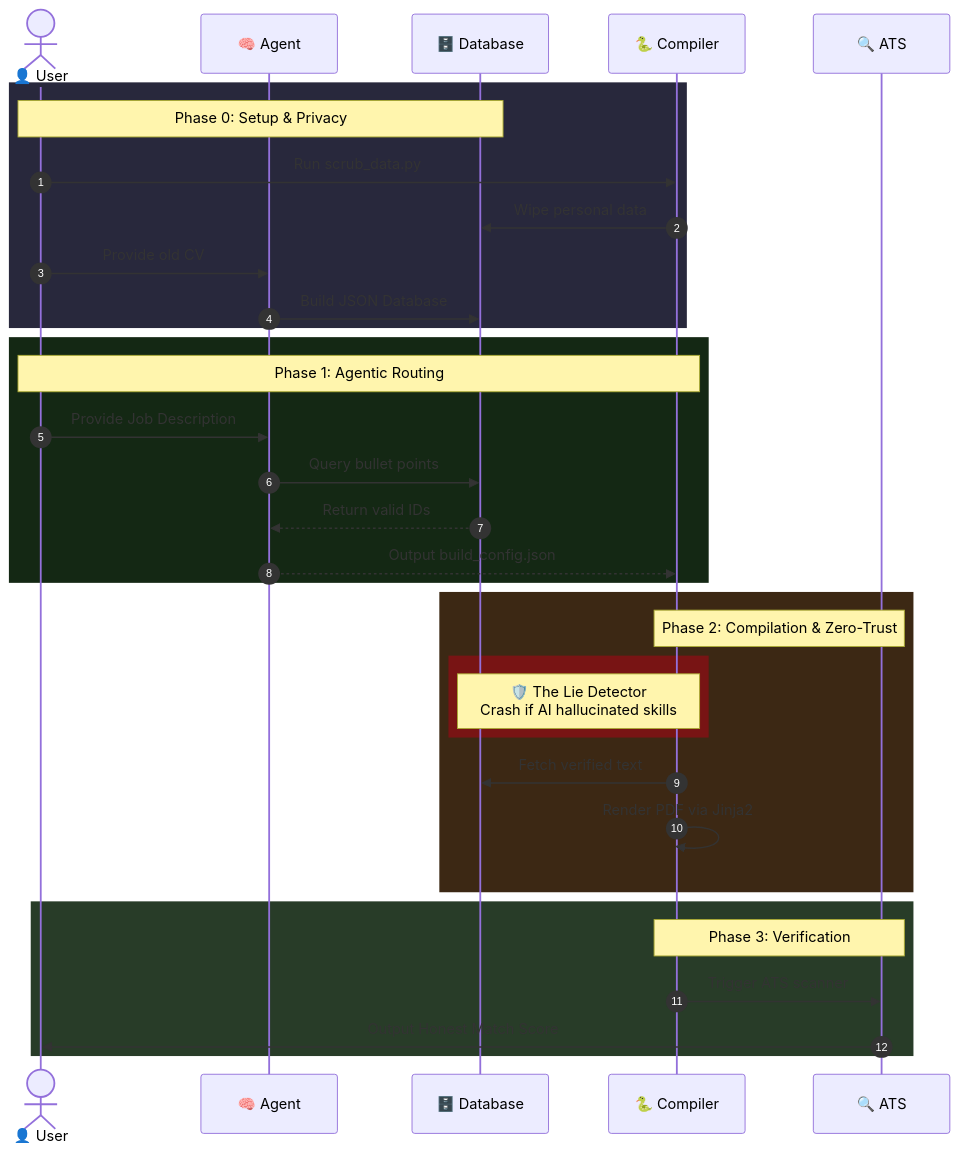
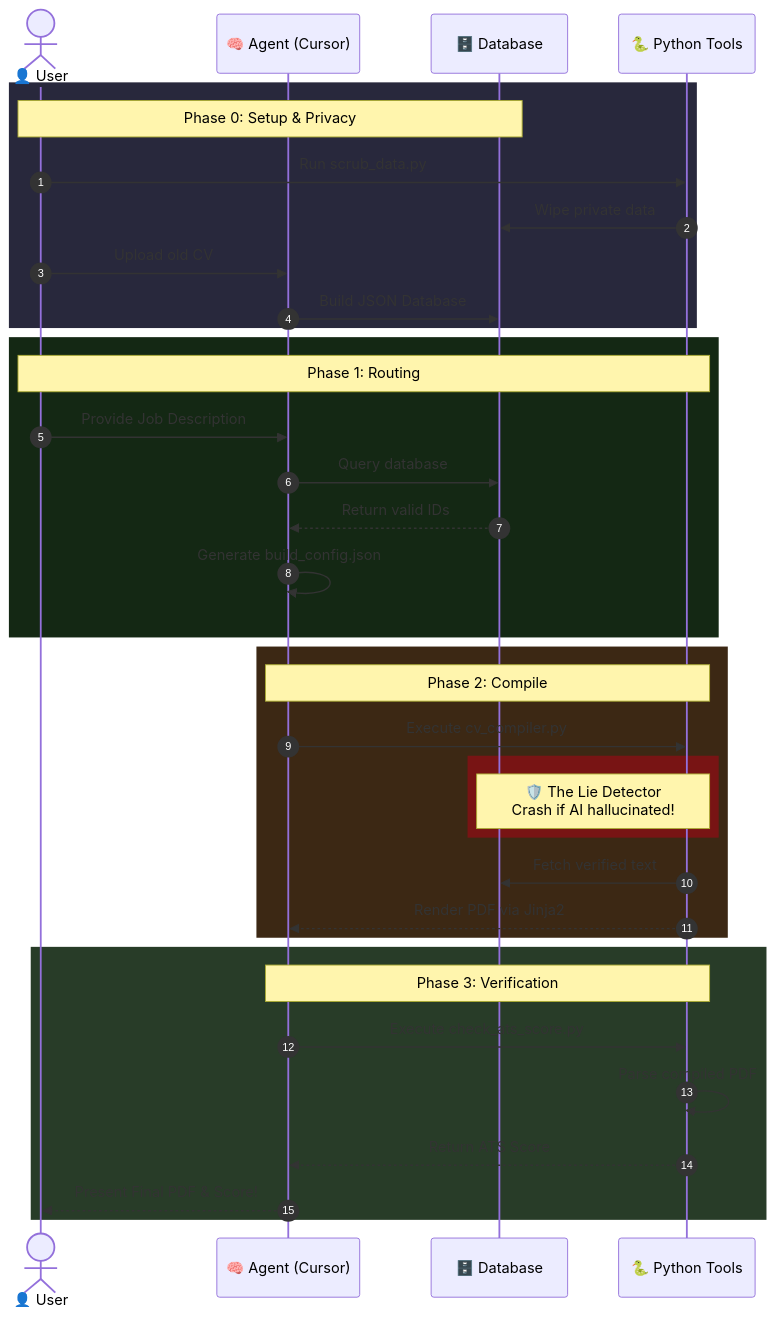
Before and after one commit to Gotili/EigenCV: the diagram in README.md, drawn with Mermaid. The commit also changed other lines of this file, not shown here.

Commit message:
further notes

````diff
--- a/README.md
+++ b/README.md
@@ -96,41 +96,43 @@
 ```mermaid
 sequenceDiagram
     autonumber
     actor U as 👤 User
-    participant LLM as 🧠 Agent
+    participant LLM as 🧠 Agent (Cursor)
     participant DB as 🗄️ Database
-    participant Py as 🐍 Compiler
-    participant ATS as 🔍 ATS
+    participant Py as 🐍 Python Tools
 
     rect rgb(40, 40, 60)
     Note over U,DB: Phase 0: Setup & Privacy
     U->>Py: Run scrub_data.py
-    Py->>DB: Wipe personal data
-    U->>LLM: Provide old CV
+    Py->>DB: Wipe private data
+    U->>LLM: Upload old CV
     LLM->>DB: Build JSON Database
     end
 
     rect rgb(20, 40, 20)
-    Note over U,Py: Phase 1: Agentic Routing
+    Note over U,Py: Phase 1: Routing
     U->>LLM: Provide Job Description
-    LLM->>DB: Query bullet points
+    LLM->>DB: Query database
     DB-->>LLM: Return valid IDs
-    LLM-->>Py: Output build_config.json
+    LLM->>LLM: Generate build_config.json
     end
     
     rect rgb(60, 40, 20)
-    Note over Py,ATS: Phase 2: Compilation & Zero-Trust
+    Note over LLM,Py: Phase 2: Compile
+    LLM->>Py: Execute cv_compiler.py
     rect rgb(120, 20, 20)
-    Note over Py,DB: 🛡️ The Lie Detector<br>Crash if AI hallucinated skills
+    Note over Py,DB: 🛡️ The Lie Detector<br>Crash if AI hallucinated!
     end
     
     Py->>DB: Fetch verified text
-    Py->>Py: Render PDF via Jinja2
+    Py-->>LLM: Render PDF via Jinja2
     end
     
     rect rgb(40, 60, 40)
-    Note over Py,ATS: Phase 3: Verification
-    Py->>ATS: Trigger ATS scanner
-    ATS->>U: Output Honest Match Score
+    Note over LLM,Py: Phase 3: Verification
+    LLM->>Py: Execute check_ats_score.py
+    Py->>Py: Parse compiled PDF
+    Py-->>LLM: Return ATS Score
+    LLM-->>U: Present Final PDF & Score!
     end
 ```
````
